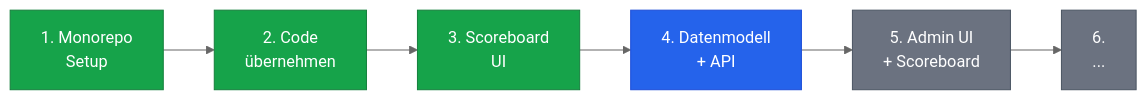
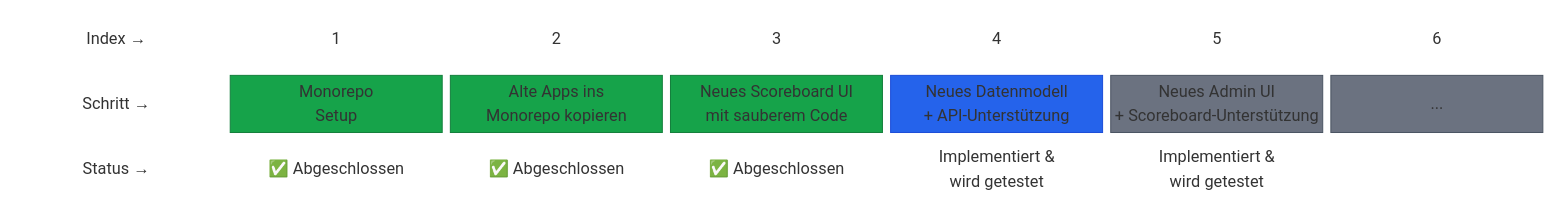
One commit to dennisfurrer/rrsb-mono changed the first of 3 diagrams in apps/docs/src/content/docs/de/index.mdx. Above: the diagram before and after it, drawn with Mermaid (neutral theme). The commit also changed 229 other files, not shown here.

````diff
--- a/apps/docs/src/content/docs/de/index.mdx
+++ b/apps/docs/src/content/docs/de/index.mdx
@@ -41,15 +41,28 @@
 ```mermaid
-flowchart LR
-    A["1. Monorepo<br/>Setup"]:::done
-    B["2. Code<br/>übernehmen"]:::done
-    C["3. Scoreboard<br/>UI"]:::done
-    D["4. Datenmodell<br/>+ API"]:::next
-    E["5. Admin UI<br/>+ Scoreboard"]:::planned
-    F["6.<br/>..."]:::planned
+block-beta
+    columns 7
+    L1["Index →"] I1["1"] I2["2"] I3["3"] I4["4"] I5["5"] I6["6"]
+    L2["Schritt →"] A["Monorepo<br/>Setup"] B["Alte Apps ins<br/>Monorepo kopieren"] C["Neues Scoreboard UI<br/>mit sauberem Code"] D["Neues Datenmodell<br/>+ API-Unterstützung"] E["Neues Admin UI<br/>+ Scoreboard-Unterstützung"] F["..."]
+    L3["Status →"] S1["✅ Abgeschlossen"] S2["✅ Abgeschlossen"] S3["✅ Abgeschlossen"] S4["Implementiert &<br/>wird getestet"] S5["Implementiert &<br/>wird getestet"] space
 
-    A --> B --> C --> D --> E --> F
-
-    classDef done fill:#16a34a,color:#fff,stroke:#15803d
-    classDef next fill:#2563eb,color:#fff,stroke:#1d4ed8
-    classDef planned fill:#6b7280,color:#fff,stroke:#4b5563
+    style L1 fill:transparent,stroke:none,color:#9ca3af
+    style L2 fill:transparent,stroke:none,color:#9ca3af
+    style L3 fill:transparent,stroke:none,color:#9ca3af
+    style I1 fill:transparent,stroke:none,color:#d1d5db
+    style I2 fill:transparent,stroke:none,color:#d1d5db
+    style I3 fill:transparent,stroke:none,color:#d1d5db
+    style I4 fill:transparent,stroke:none,color:#d1d5db
+    style I5 fill:transparent,stroke:none,color:#d1d5db
+    style I6 fill:transparent,stroke:none,color:#d1d5db
+    style A fill:#16a34a,color:#fff,stroke:#15803d,font-size:16px
+    style B fill:#16a34a,color:#fff,stroke:#15803d,font-size:16px
+    style C fill:#16a34a,color:#fff,stroke:#15803d,font-size:16px
+    style D fill:#2563eb,color:#fff,stroke:#1d4ed8,font-size:16px
+    style E fill:#6b7280,color:#fff,stroke:#4b5563,font-size:16px
+    style F fill:#6b7280,color:#fff,stroke:#4b5563,font-size:16px
+    style S1 fill:transparent,stroke:none,color:#9ca3af
+    style S2 fill:transparent,stroke:none,color:#9ca3af
+    style S3 fill:transparent,stroke:none,color:#9ca3af
+    style S4 fill:transparent,stroke:none,color:#9ca3af
+    style S5 fill:transparent,stroke:none,color:#9ca3af
 ```
````
